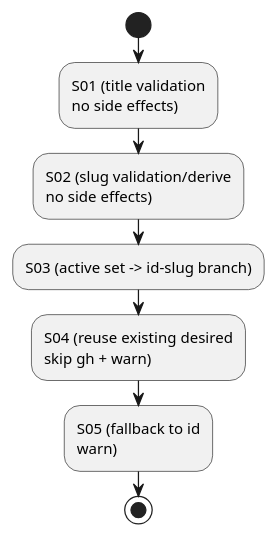
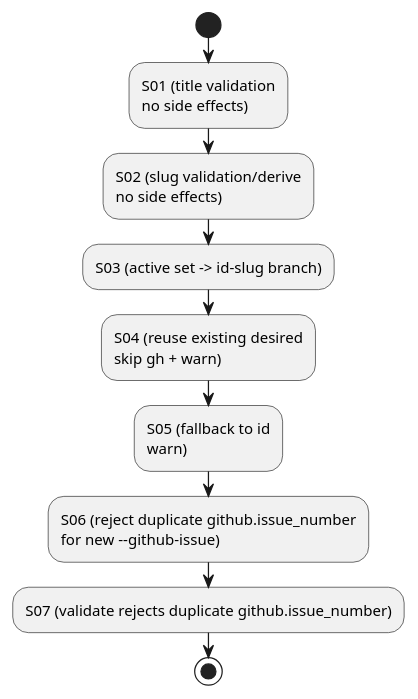
One commit to chemitaro/spec-dock changed the diagram in tmp/issue-5/plan.md. Above: the diagram before and after it, drawn with PlantUML. The commit also changed other lines of this file and 2 other files, not shown here.

Commit message:
docs(issue-5): github.issue_numberの重複リンク防止要件と検知仕様を追加 - requirement.mdに`github.issue_number`一意性、`new --github-issue`拒否とvalidate失敗条件を追記 - design.mdに重複拒否・重複検知のIF定義とエラーパスを追加 - plan.mdにS06/S07の実装計画、受け入れ条件、品質ゲートを追記

````diff
--- a/tmp/issue-5/plan.md
+++ b/tmp/issue-5/plan.md
@@ -32,13 +34,15 @@
 ```plantuml
 @startuml
 skinparam monochrome true
 
 start
 :S01 (title validation\nno side effects);
 :S02 (slug validation/derive\nno side effects);
 :S03 (active set -> id-slug branch);
 :S04 (reuse existing desired\nskip gh + warn);
 :S05 (fallback to id\nwarn);
+:S06 (reject duplicate github.issue_number\nfor new --github-issue);
+:S07 (validate rejects duplicate github.issue_number);
 stop
 @enduml
 ```
````
